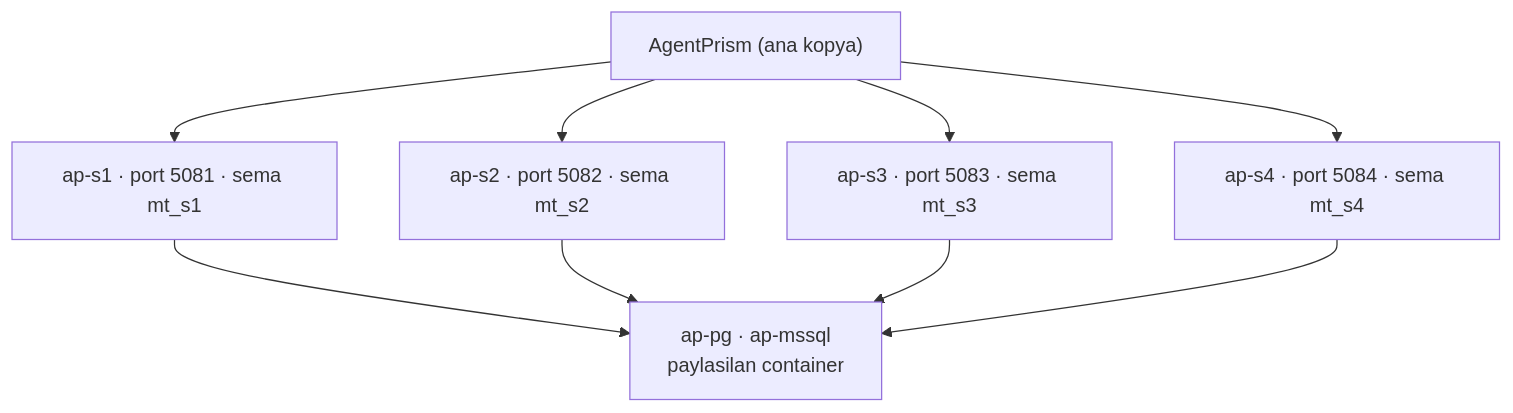
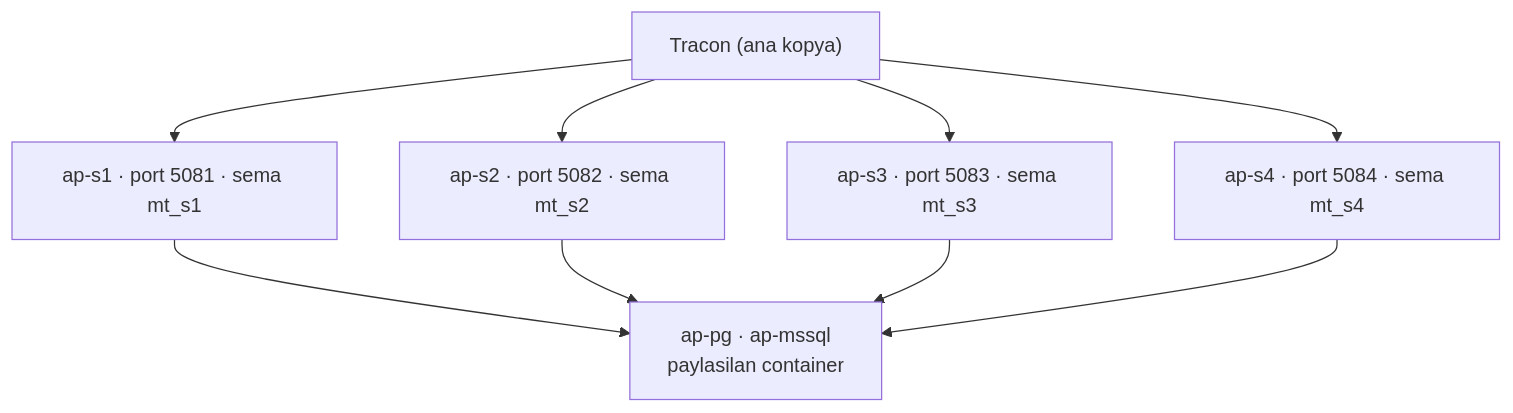
Before and after one commit to farukatasoy/Tracon: the diagram in .agents/skills/manuel-test-kosumu/resources/serit-kurulumu.md, drawn with Mermaid. The commit also changed other lines of this file and 4535 other files, not shown here.

````diff
--- a/.agents/skills/manuel-test-kosumu/resources/serit-kurulumu.md
+++ b/.agents/skills/manuel-test-kosumu/resources/serit-kurulumu.md
@@ -9,11 +9,11 @@
 ```mermaid
 flowchart TD
-    R["AgentPrism (ana kopya)"] --> W1["ap-s1 · port 5081 · sema mt_s1"]
+    R["Tracon (ana kopya)"] --> W1["ap-s1 · port 5081 · sema mt_s1"]
     R --> W2["ap-s2 · port 5082 · sema mt_s2"]
     R --> W3["ap-s3 · port 5083 · sema mt_s3"]
     R --> W4["ap-s4 · port 5084 · sema mt_s4"]
     W1 --> D["ap-pg · ap-mssql<br/>paylasilan container"]
     W2 --> D
     W3 --> D
     W4 --> D
 ```
````
